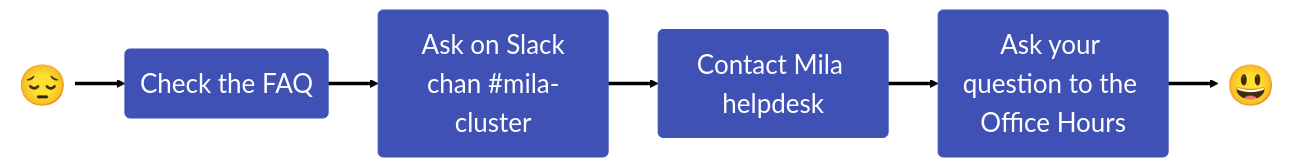
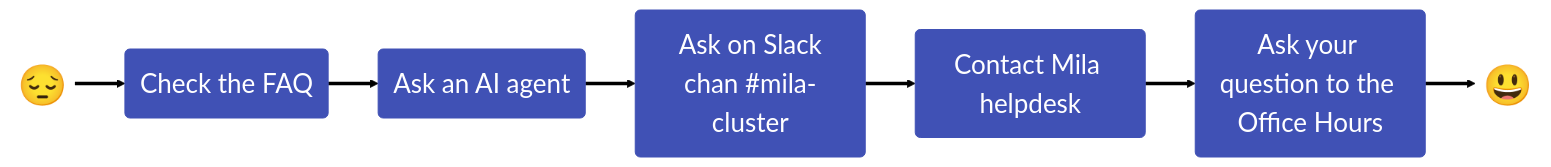
One commit to mila-iqia/mila-docs changed the diagram in docs/help/index.md. Above: the diagram before and after it, drawn with Mermaid (forest theme). The commit also changed other lines of this file, not shown here.

Commit message:
Add AI agent in the Get help section

````diff
--- a/docs/help/index.md
+++ b/docs/help/index.md
@@ -6,27 +6,29 @@
 ``` mermaid
     graph LR
         User(😔):::emoji
         FAQ(<span>Check the FAQ</span>):::bigger
+        AI(<span>Ask an AI agent</span>):::bigger
         Slack("`<span>Ask on Slack
         chan #mila-cluster</span>`"):::bigger
         Helpdesk(<span>Contact Mila helpdesk</span>):::bigger
         OfficeHours(<span>Ask your question to the Office Hours</span>):::bigger
         Yay(😃):::emoji
 
         User ==> FAQ
-        FAQ ==> Slack
+        FAQ ==> AI
+        AI ==> Slack
         Slack ==> Helpdesk
         Helpdesk ==> OfficeHours
         OfficeHours ==> Yay
 
 
         User@{ shape: text }
         Yay@{ shape: text }
 
         click FAQ "../help/faq/"
         click Slack "https://mila-umontreal.slack.com/archives/CFAS8455H"
         click Helpdesk "https://mila-iqia.atlassian.net/servicedesk/customer/portal/5"
 
         classDef bigger font-size:26px, fill:#4051b5, stroke:#4051b5, color:white
         classDef emoji font-size:40px, fill:transparent
 ```
````
